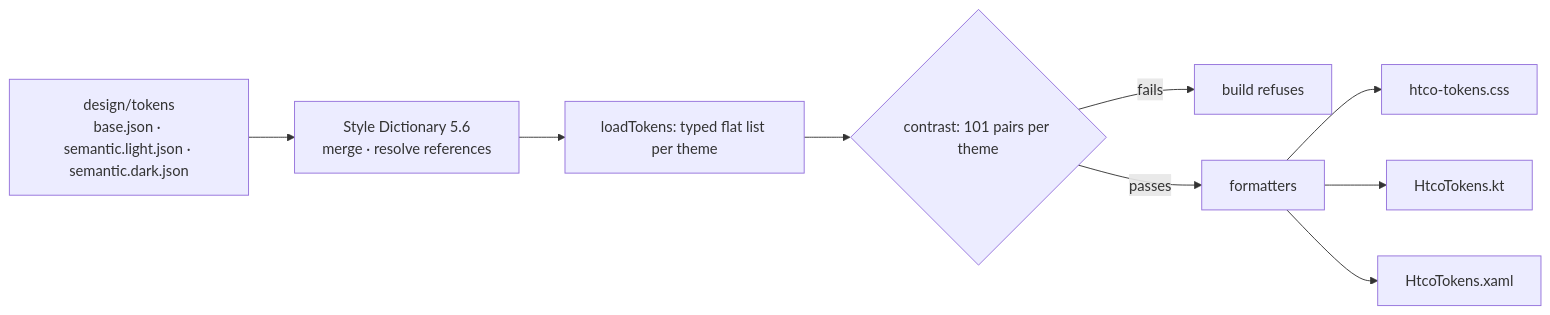
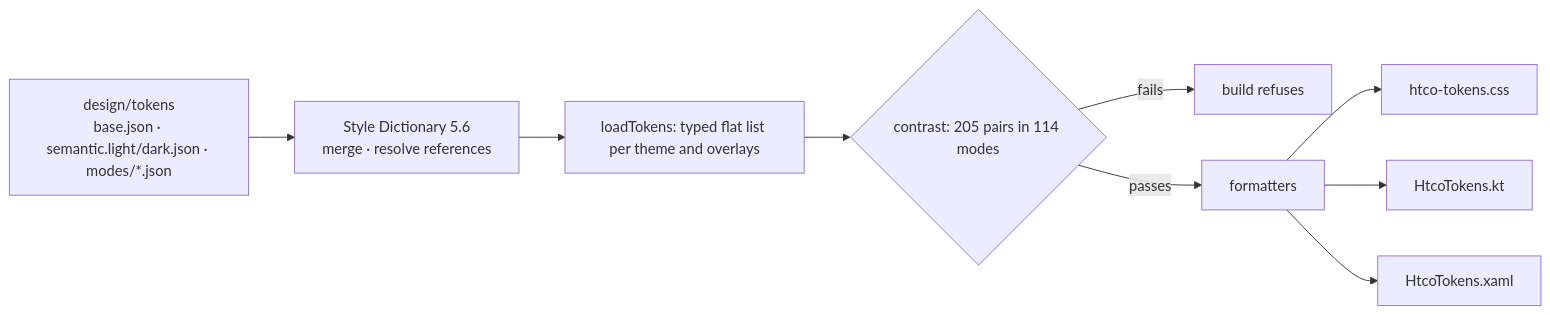
Before and after one commit to Tzvi1234/htco-clients: the diagram in docs/features/design-tokens/design.md, drawn with Mermaid. The commit also changed other lines of this file and 391 other files, not shown here.

First line of the commit message:
feat(web): Design 1C foundation: tokens, shared tweaks, logo, shell and navigation

````diff
--- a/docs/features/design-tokens/design.md
+++ b/docs/features/design-tokens/design.md
@@ -5,11 +5,11 @@
 ```mermaid
 flowchart LR
-  src[design/tokens<br/>base.json · semantic.light.json · semantic.dark.json] --> sd[Style Dictionary 5.6<br/>merge · resolve references]
-  sd --> load[loadTokens: typed flat list per theme]
-  load --> contrast{contrast: 101 pairs per theme}
+  src[design/tokens<br/>base.json · semantic.light/dark.json · modes/*.json] --> sd[Style Dictionary 5.6<br/>merge · resolve references]
+  sd --> load[loadTokens: typed flat list per theme and overlays]
+  load --> contrast{contrast: 205 pairs in 114 modes}
   contrast -->|fails| stop[build refuses]
   contrast -->|passes| fmt[formatters]
   fmt --> css[htco-tokens.css]
   fmt --> kt[HtcoTokens.kt]
   fmt --> xaml[HtcoTokens.xaml]
 ```
````
